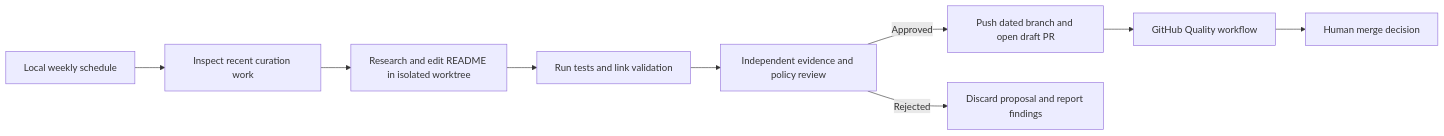
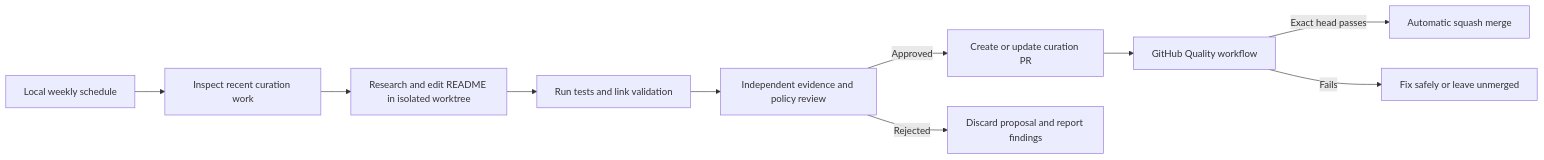
Before and after one commit to owainlewis/awesome-artificial-intelligence: the diagram in docs/weekly-curation/design.md, drawn with Mermaid. The commit also changed other lines of this file and 5 other files, not shown here.

````diff
--- a/docs/weekly-curation/design.md
+++ b/docs/weekly-curation/design.md
@@ -89,11 +90,12 @@
 ```mermaid
 flowchart LR
     A["Local weekly schedule"] --> B["Inspect recent curation work"]
     B --> C["Research and edit README in isolated worktree"]
     C --> D["Run tests and link validation"]
     D --> E["Independent evidence and policy review"]
-    E -->|Approved| F["Push dated branch and open draft PR"]
+    E -->|Approved| F["Create or update curation PR"]
     E -->|Rejected| G["Discard proposal and report findings"]
     F --> H["GitHub Quality workflow"]
-    H --> I["Human merge decision"]
+    H -->|Exact head passes| I["Automatic squash merge"]
+    H -->|Fails| J["Fix safely or leave unmerged"]
 ```
````
